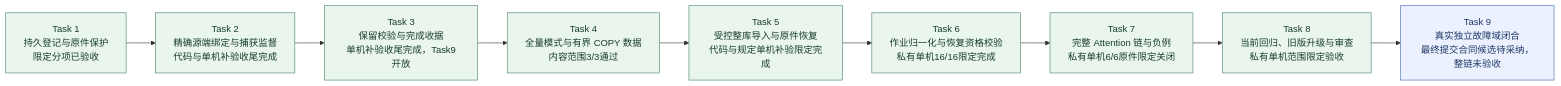
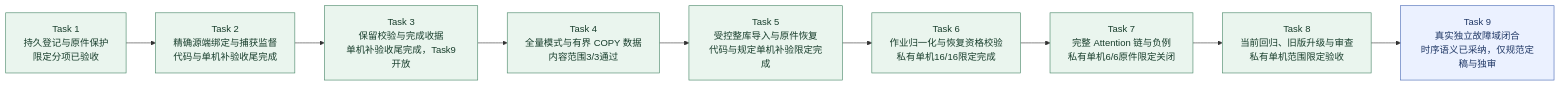
One commit to MansurnamedZhang/learning-system-p0c4 changed the second of 9 diagrams in docs/KnowWeave实施路线与系统架构.md. Above: the diagram before and after it, drawn with Mermaid. The commit also changed other lines of this file and 13 other files, not shown here.

````diff
--- a/docs/KnowWeave实施路线与系统架构.md
+++ b/docs/KnowWeave实施路线与系统架构.md
@@ -80,25 +80,25 @@
 ```mermaid
 flowchart LR
     C4T1["Task 1<br/>持久登记与原件保护<br/>限定分项已验收"]
     C4T2["Task 2<br/>精确源端绑定与捕获监督<br/>代码与单机补验收尾完成"]
     C4T3["Task 3<br/>保留校验与完成收据<br/>单机补验收尾完成，Task9开放"]
     C4T4["Task 4<br/>全量模式与有界 COPY 数据<br/>内容范围3/3通过"]
     C4T5["Task 5<br/>受控整库导入与原件恢复<br/>代码与规定单机补验限定完成"]
     C4T6["Task 6<br/>作业归一化与恢复资格校验<br/>私有单机16/16限定完成"]
     C4T7["Task 7<br/>完整 Attention 链与负例<br/>私有单机6/6原件限定关闭"]
     C4T8["Task 8<br/>当前回归、旧版升级与审查<br/>私有单机范围限定验收"]
-    C4T9["Task 9<br/>真实独立故障域闭合<br/>最终提交合同候选待采纳，整链未验收"]
+    C4T9["Task 9<br/>真实独立故障域闭合<br/>时序语义已采纳，仅规范定稿与独审"]
     C4T1 --> C4T2
     C4T2 --> C4T3
     C4T3 --> C4T4
     C4T4 --> C4T5
     C4T5 --> C4T6
     C4T6 --> C4T7
     C4T7 --> C4T8
     C4T8 --> C4T9
     class C4T1,C4T2,C4T3,C4T4,C4T5,C4T6,C4T7,C4T8 done
     class C4T9 next
     classDef done fill:#eaf5ee,stroke:#438363,color:#173d2b
     classDef next fill:#ebf1ff,stroke:#4365b4,color:#203866
     classDef planned fill:#f2f4f8,stroke:#8591a3,color:#28354b
 ```
````
